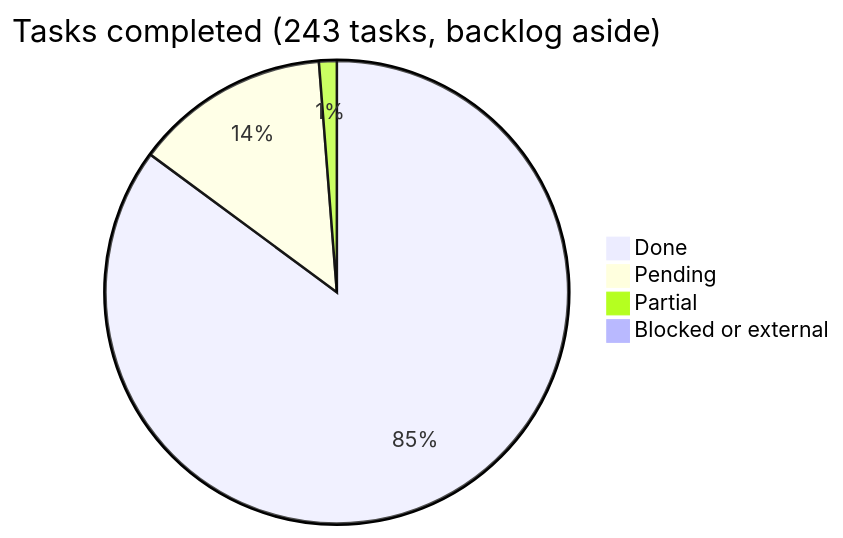
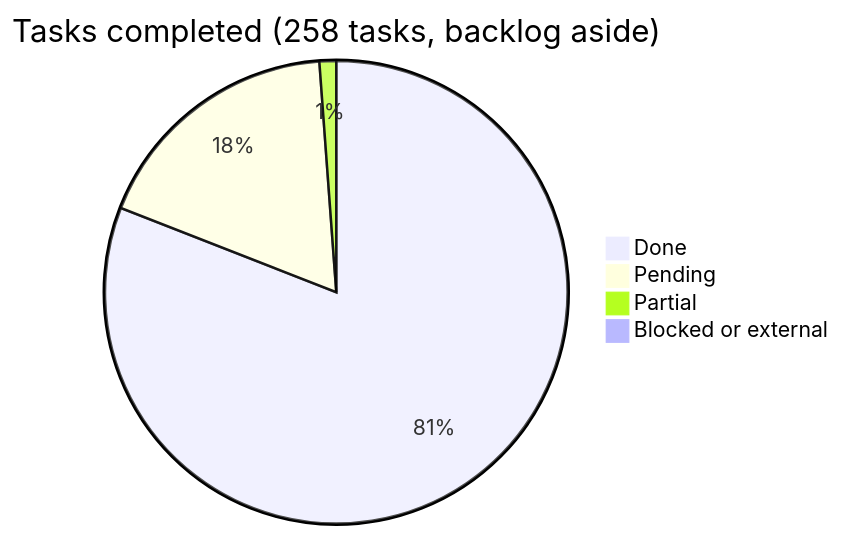
One commit to araguaney-org/araguaney-app changed the diagram in docs/roadmap/README.md. Above: the diagram before and after it, drawn with Mermaid. The commit also changed other lines of this file and 1 other file, not shown here.

Commit message:
docs(roadmap): add phase 34 to adopt the contract the backend already shipped

````diff
--- a/docs/roadmap/README.md
+++ b/docs/roadmap/README.md
@@ -43,7 +43,7 @@
 ```mermaid
-pie title Tasks completed (243 tasks, backlog aside)
-    "Done" : 206
-    "Pending" : 33
+pie title Tasks completed (258 tasks, backlog aside)
+    "Done" : 208
+    "Pending" : 46
     "Partial" : 3
     "Blocked or external" : 1
 ```
````
